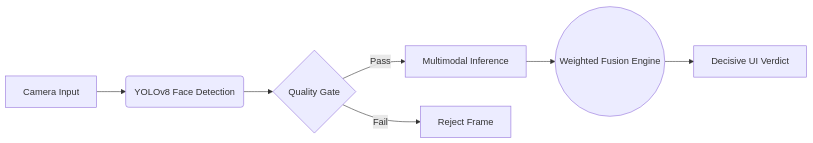
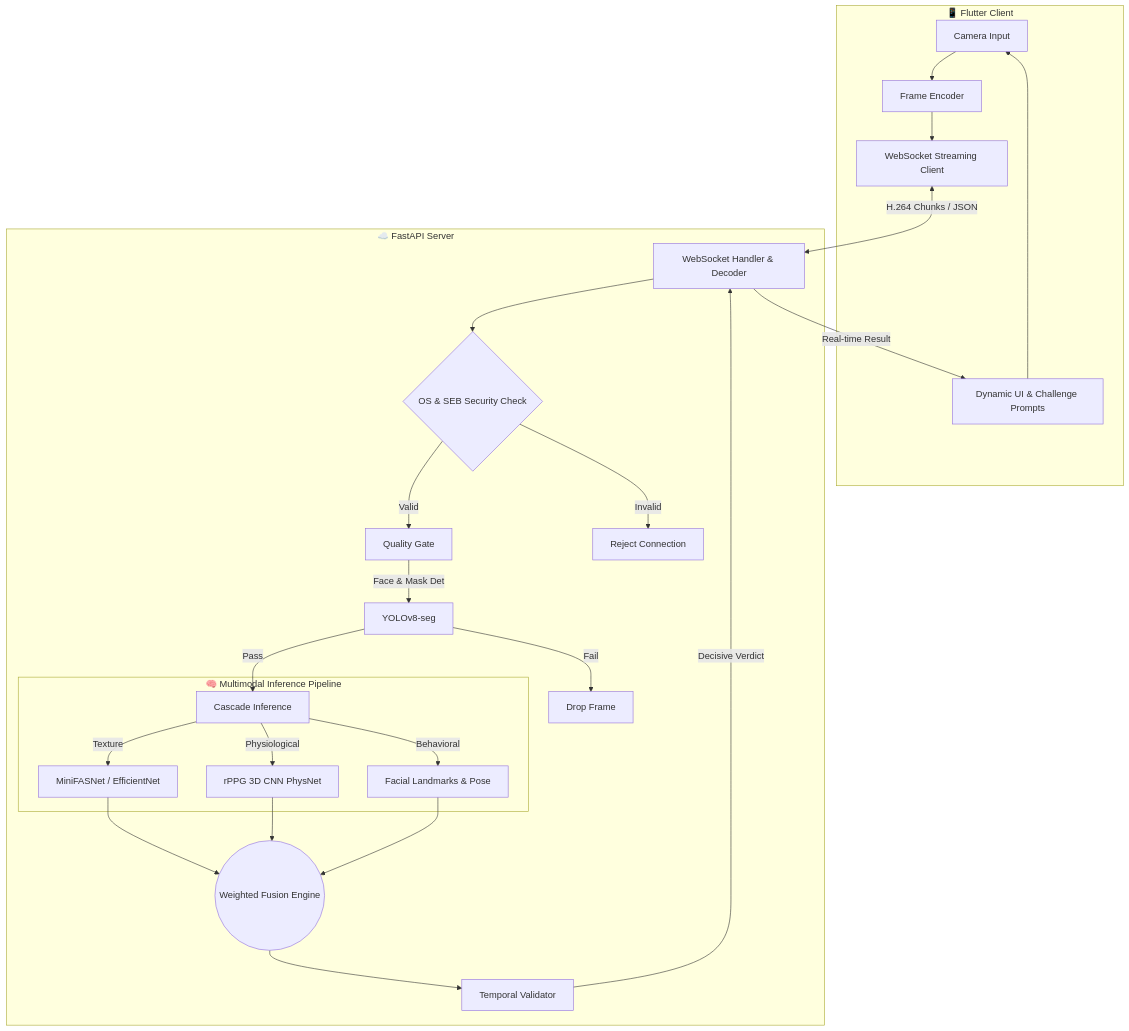
Before and after one commit to sthavirpunwatkar/SHIELD-Secure-Human-Identity-Liveness-Evaluation-Detection: the diagram in README.md, drawn with Mermaid. The commit also changed other lines of this file and 416 other files, not shown here.

Commit message:
Organize project structure, update architecture diagram, and add demo video

````diff
--- a/README.md
+++ b/README.md
@@ -24,9 +26,34 @@
 ```mermaid
-flowchart LR
-    A[Camera Input] --> B(YOLOv8 Face Detection)
-    B --> C{Quality Gate}
-    C -- Pass --> D[Multimodal Inference]
-    C -- Fail --> X[Reject Frame]
-    D --> E((Weighted Fusion Engine))
-    E --> F[Decisive UI Verdict]
+flowchart TB
+    subgraph Frontend["📱 Flutter Client"]
+        A[Camera Input] --> B[Frame Encoder]
+        B --> C[WebSocket Streaming Client]
+        F[Dynamic UI & Challenge Prompts] --> A
+    end
+
+    subgraph Backend["☁️ FastAPI Server"]
+        C <-->|H.264 Chunks / JSON| D[WebSocket Handler & Decoder]
+        D --> E{OS & SEB Security Check}
+        E -- Valid --> Q[Quality Gate]
+        E -- Invalid --> X[Reject Connection]
+        
+        Q -->|"Face & Mask Det"| M1[YOLOv8-seg]
+        M1 -- Pass --> P[Cascade Inference]
+        M1 -- Fail --> Drop[Drop Frame]
+        
+        subgraph Models["🧠 Multimodal Inference Pipeline"]
+            P -->|Texture| M2[MiniFASNet / EfficientNet]
+            P -->|Physiological| M3[rPPG 3D CNN PhysNet]
+            P -->|Behavioral| M4[Facial Landmarks & Pose]
+        end
+        
+        M2 --> FUS((Weighted Fusion Engine))
+        M3 --> FUS
+        M4 --> FUS
+        
+        FUS --> TV[Temporal Validator]
+    end
+
+    TV -->|Decisive Verdict| D
+    D -->|Real-time Result| F
 ```
````
